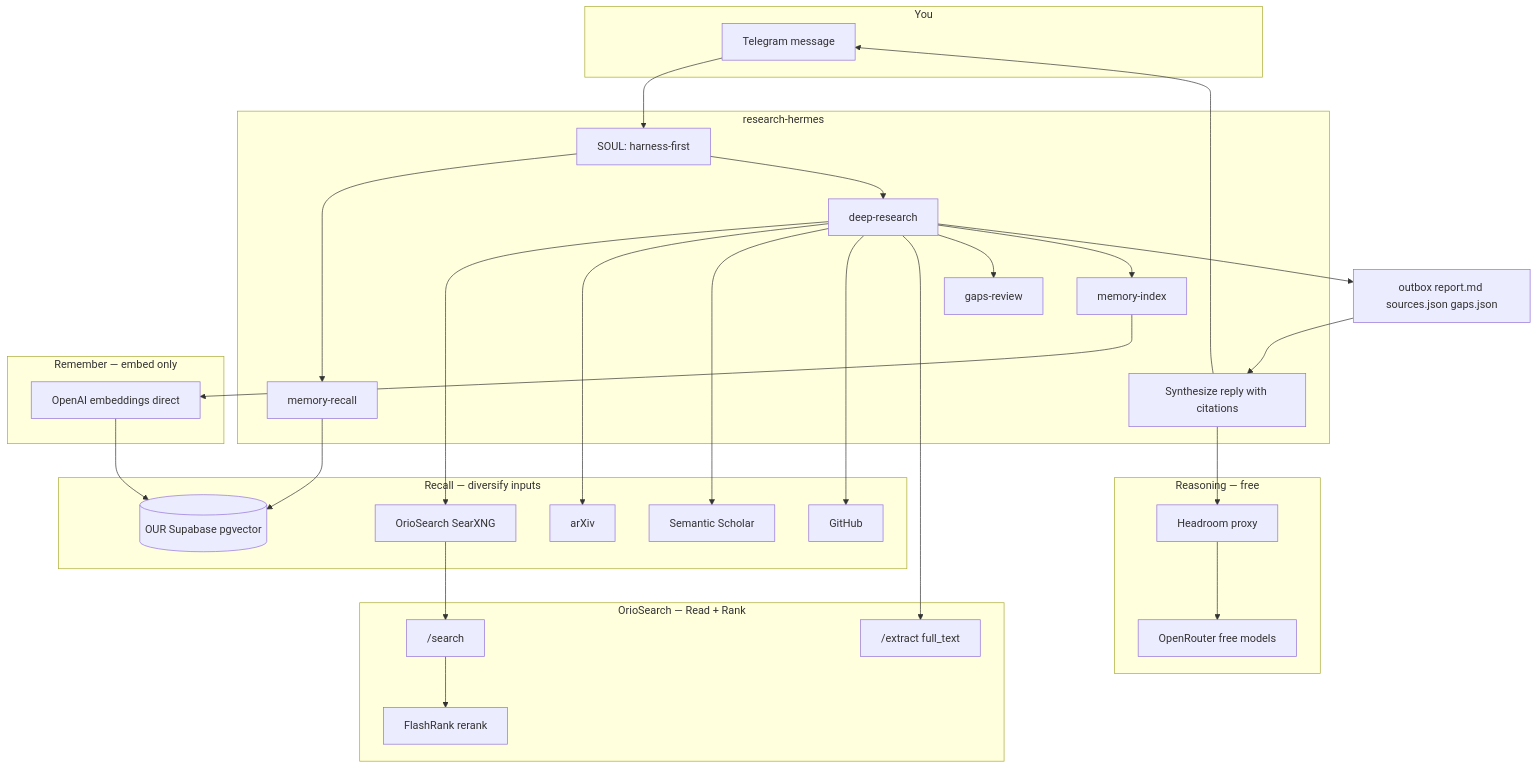
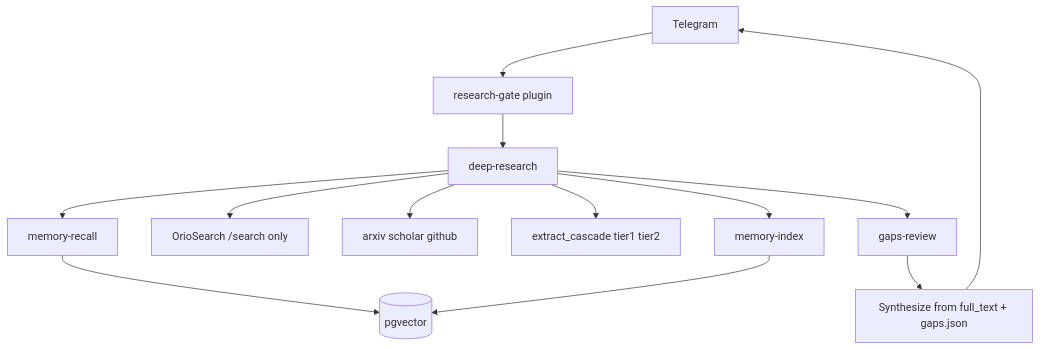
The diagram in docs/Goodresearch.md (DeEnabler/sovereign-research), drawn with Mermaid before and after one commit. The commit also changed other lines of this file and 7 other files, not shown here.

First line of the commit message:
Add research-gate enforcement and trafilatura→Playwright extract cascade.

````diff
--- a/docs/Goodresearch.md
+++ b/docs/Goodresearch.md
@@ -56,51 +31,15 @@
 ```mermaid
 flowchart TB
-  subgraph user [You]
-    TG[Telegram message]
-  end
-  subgraph agent [research-hermes]
-    SOUL[SOUL: harness-first]
-    MR[memory-recall]
-    DR[deep-research]
-    GR[gaps-review]
-    MI[memory-index]
-    SYN[Synthesize reply with citations]
-  end
-  subgraph recall [Recall — diversify inputs]
-    MEM[(OUR Supabase pgvector)]
-    WEB[OrioSearch SearXNG]
-    ARX[arXiv]
-    SCH[Semantic Scholar]
-    GH[GitHub]
-  end
-  subgraph orio [OrioSearch — Read + Rank]
-    SRCH["/search"]
-    RERANK[FlashRank rerank]
-    EXT["/extract full_text"]
-  end
-  subgraph embed [Remember — embed only]
-    OAI[OpenAI embeddings direct]
-  end
-  subgraph chat [Reasoning — free]
-    HR[Headroom proxy]
-    OR[OpenRouter free models]
-  end
-
-  TG --> SOUL
-  SOUL --> MR
-  MR --> MEM
-  SOUL --> DR
-  DR --> WEB
-  DR --> ARX
-  DR --> SCH
-  DR --> GH
-  WEB --> SRCH --> RERANK
-  DR --> EXT
-  DR --> GR
-  DR --> MI
-  MI --> OAI --> MEM
-  DR --> OUT[outbox report.md sources.json gaps.json]
-  OUT --> SYN
-  SYN --> HR --> OR
-  SYN --> TG
+  TG[Telegram] --> RG[research-gate plugin]
+  RG --> DR[deep-research]
+  DR --> MR[memory-recall]
+  MR --> MEM[(pgvector)]
+  DR --> SEARCH[OrioSearch /search only]
+  DR --> SPEC[arxiv scholar github]
+  DR --> READ[extract_cascade tier1 tier2]
+  DR --> GR[gaps-review]
+  DR --> MI[memory-index]
+  MI --> MEM
+  GR --> REPLY[Synthesize from full_text + gaps.json]
+  REPLY --> TG
 ```
````
